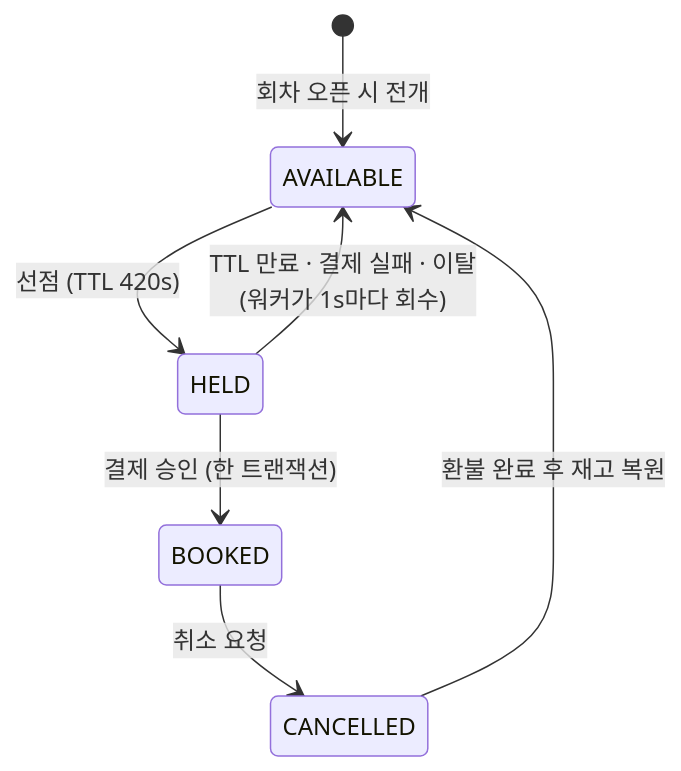
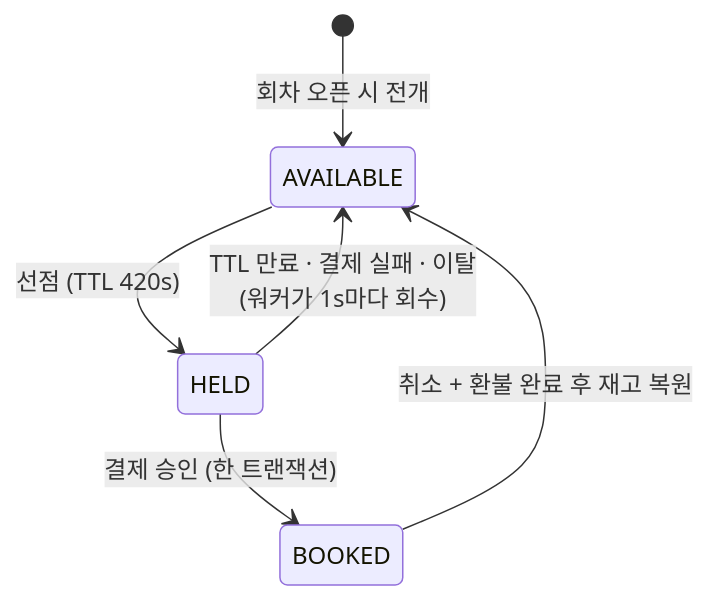
One commit to bellsilver7/curtain changed the second of 4 diagrams in docs/design.md. Above: the diagram before and after it, drawn with Mermaid. The commit also changed other lines of this file and 10 other files, not shown here.

````diff
--- a/docs/design.md
+++ b/docs/design.md
@@ -185,9 +185,8 @@
 ```mermaid
 stateDiagram-v2
     [*] --> AVAILABLE : 회차 오픈 시 전개
     AVAILABLE --> HELD : 선점 (TTL 420s)
     HELD --> BOOKED : 결제 승인 (한 트랜잭션)
     HELD --> AVAILABLE : TTL 만료 · 결제 실패 · 이탈<br/>(워커가 1s마다 회수)
-    BOOKED --> CANCELLED : 취소 요청
-    CANCELLED --> AVAILABLE : 환불 완료 후 재고 복원
+    BOOKED --> AVAILABLE : 취소 + 환불 완료 후 재고 복원
 ```
````
